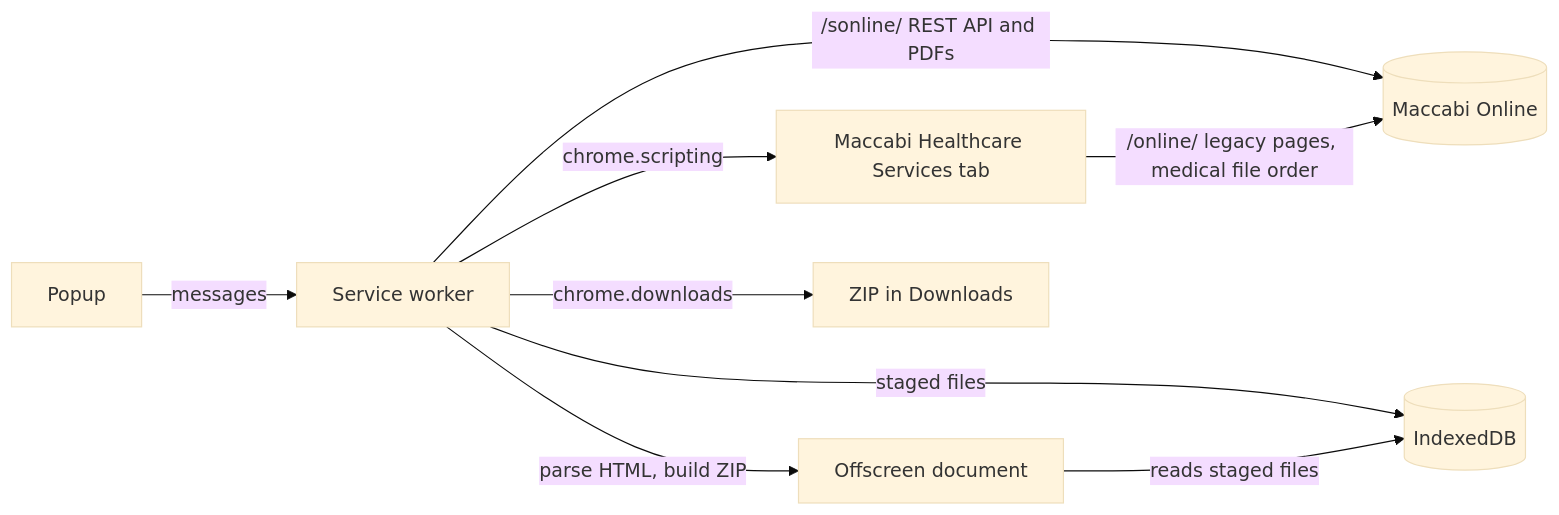
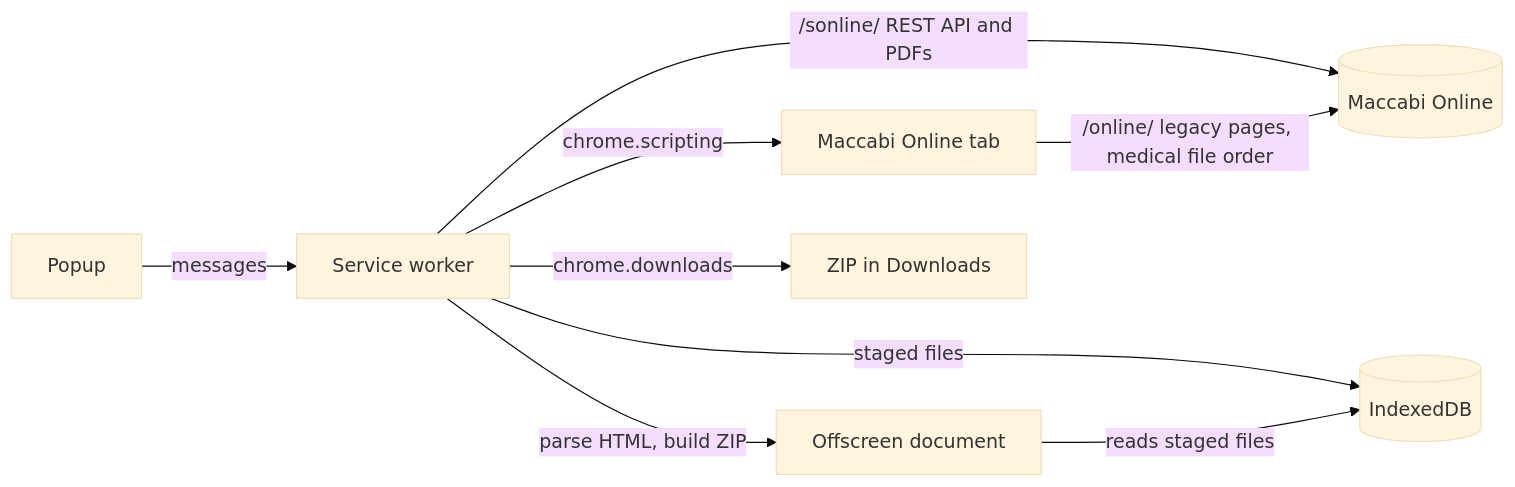
One commit to RoniRachmani/health-records-export-for-maccabi changed the diagram in README.md. Above: the diagram before and after it, drawn with Mermaid (base theme). The commit also changed other lines of this file and 15 other files, not shown here.

First line of the commit message:
Call it the Maccabi Online tab, and balance the header's tagline (#5)

````diff
--- a/README.md
+++ b/README.md
@@ -301,11 +301,11 @@
 ```mermaid
 flowchart LR
   popup[Popup] -- messages --> sw[Service worker]
   sw -- "/sonline/ REST API and PDFs" --> site[(Maccabi Online)]
-  sw -- chrome.scripting --> tab[Maccabi Healthcare Services tab]
+  sw -- chrome.scripting --> tab[Maccabi Online tab]
   tab -- "/online/ legacy pages, medical file order" --> site
   sw -- staged files --> idb[(IndexedDB)]
   sw -- "parse HTML, build ZIP" --> off[Offscreen document]
   off -- reads staged files --> idb
   sw -- chrome.downloads --> zip[ZIP in Downloads]
 ```
````
